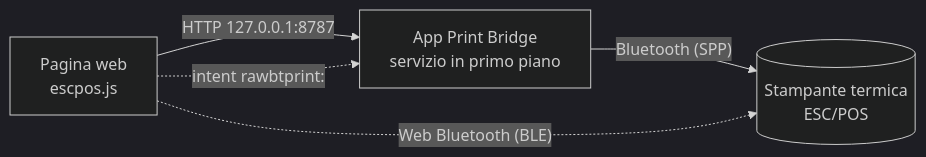
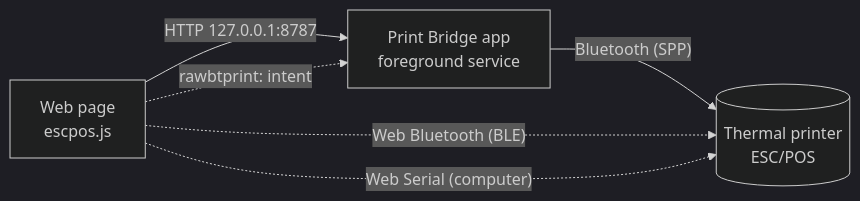
The diagram in README.md (nb-camelot/raw-bt-print-bridge), drawn with Mermaid (dark theme) before and after one commit. The commit also changed other lines of this file and 13 other files, not shown here.

First line of the commit message:
feat: bilingual pages, landing page, serial.html, desktop design doc (WIP)

````diff
--- a/README.md
+++ b/README.md
@@ -40,7 +48,8 @@
 ```mermaid
 flowchart LR
-  P["Pagina web<br/>escpos.js"] -- "HTTP 127.0.0.1:8787" --> A["App Print Bridge<br/>servizio in primo piano"]
-  A -- "Bluetooth (SPP)" --> S[("Stampante termica<br/>ESC/POS")]
+  P["Web page<br/>escpos.js"] -- "HTTP 127.0.0.1:8787" --> A["Print Bridge app<br/>foreground service"]
+  A -- "Bluetooth (SPP)" --> S[("Thermal printer<br/>ESC/POS")]
   P -. "Web Bluetooth (BLE)" .-> S
-  P -. "intent rawbtprint:" .-> A
+  P -. "Web Serial (computer)" .-> S
+  P -. "rawbtprint: intent" .-> A
 ```
````
